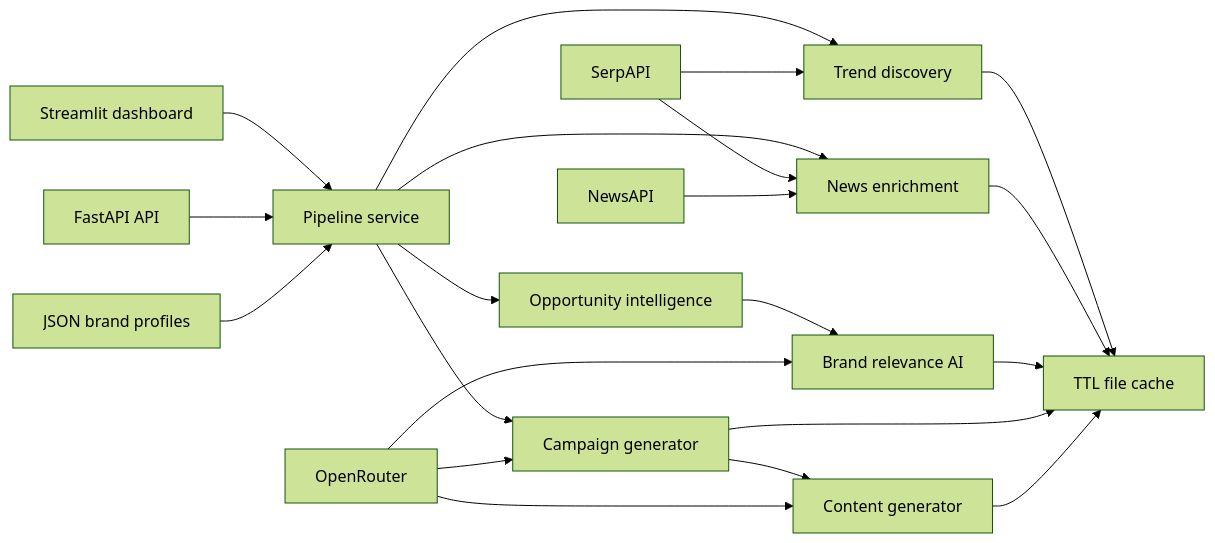
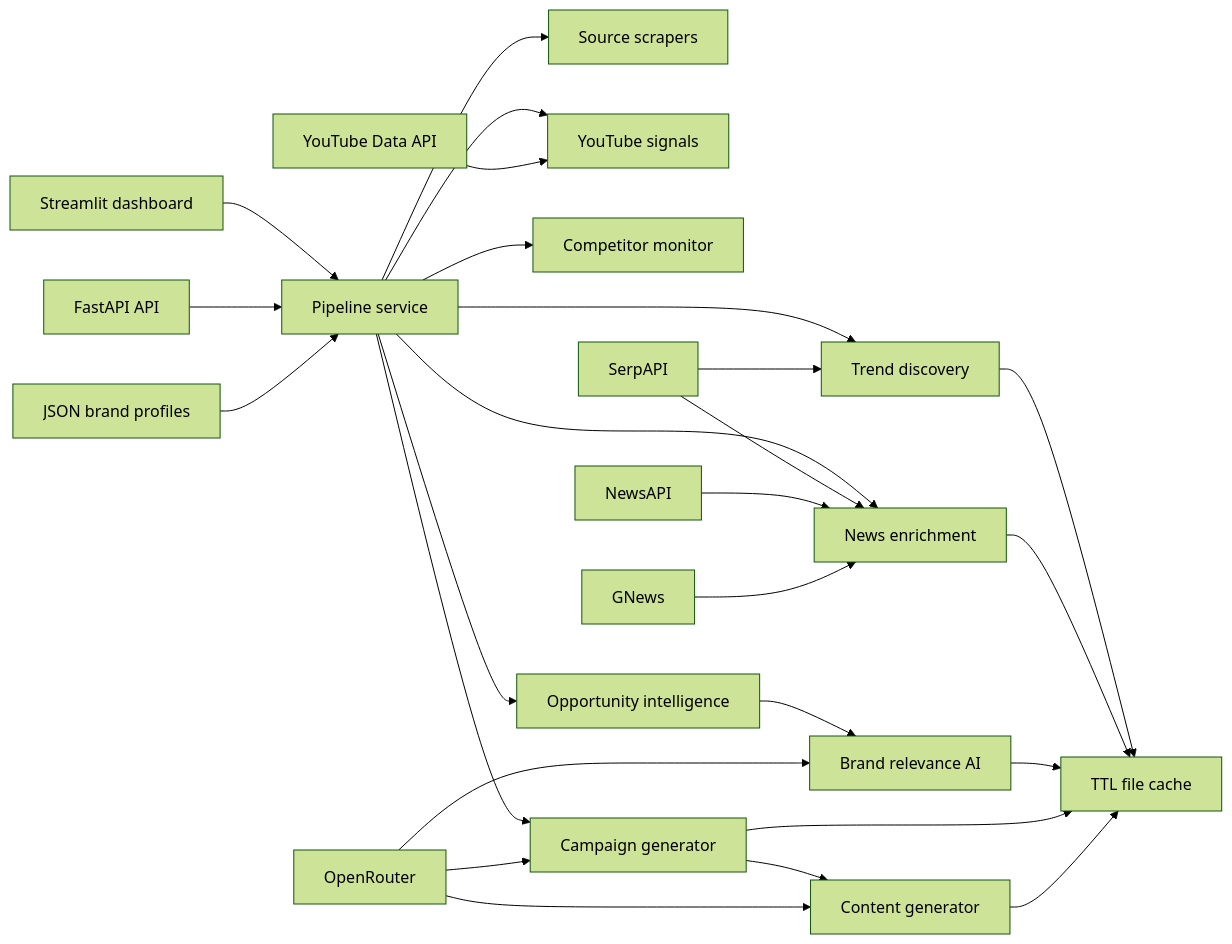
The diagram in README.md (Art3misR0ckz/newsjack-ai), drawn with Mermaid (forest theme) before and after one commit. The commit also changed other lines of this file and 16 other files, not shown here.

````diff
--- a/README.md
+++ b/README.md
@@ -26,23 +30,28 @@
 ```mermaid
 flowchart LR
     UI["Streamlit dashboard"] --> PIPE["Pipeline service"]
     API["FastAPI API"] --> PIPE
     PIPE --> TD["Trend discovery"]
     PIPE --> NEWS["News enrichment"]
+    PIPE --> SCRAPE["Source scrapers"]
+    PIPE --> YT["YouTube signals"]
+    PIPE --> COMP["Competitor monitor"]
     PIPE --> INTEL["Opportunity intelligence"]
     INTEL --> REL["Brand relevance AI"]
     PIPE --> CAM["Campaign generator"]
     CAM --> CONTENT["Content generator"]
     TD --> CACHE["TTL file cache"]
     NEWS --> CACHE
     REL --> CACHE
     CAM --> CACHE
     CONTENT --> CACHE
     PROFILE["JSON brand profiles"] --> PIPE
     SERP["SerpAPI"] --> TD
     SERP --> NEWS
     NAPI["NewsAPI"] --> NEWS
+    GNEWS["GNews"] --> NEWS
+    YAPI["YouTube Data API"] --> YT
     OR["OpenRouter"] --> REL
     OR --> CAM
     OR --> CONTENT
 ```
````
